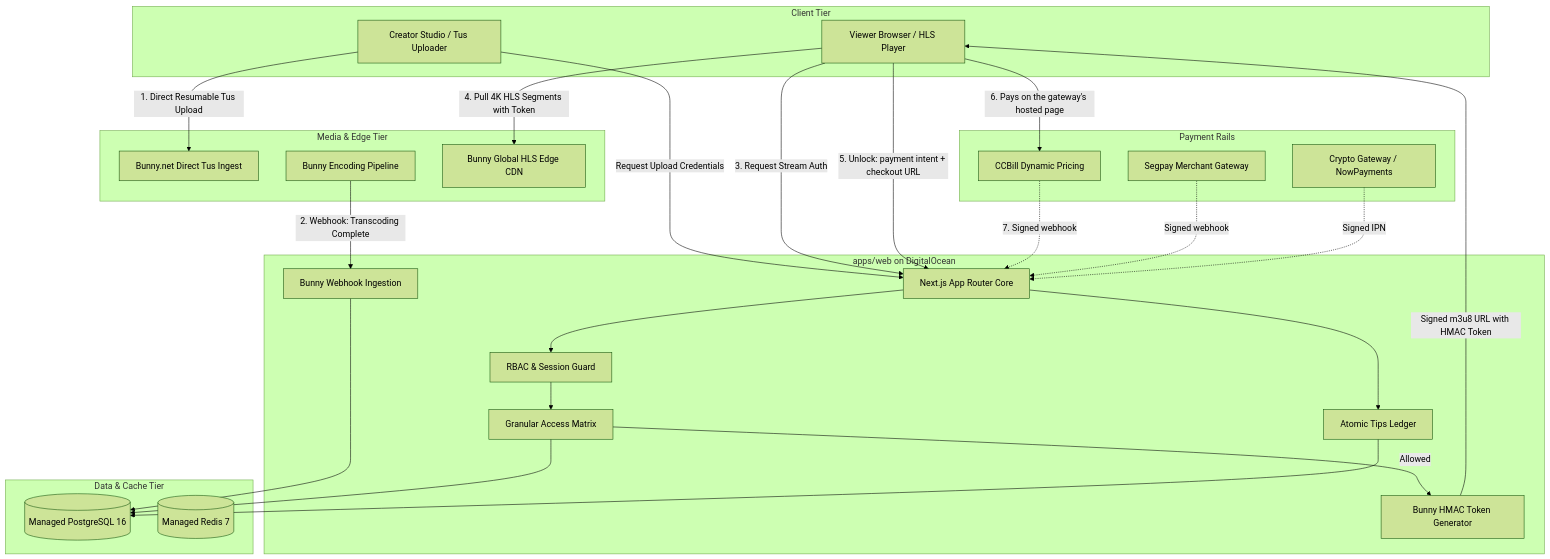
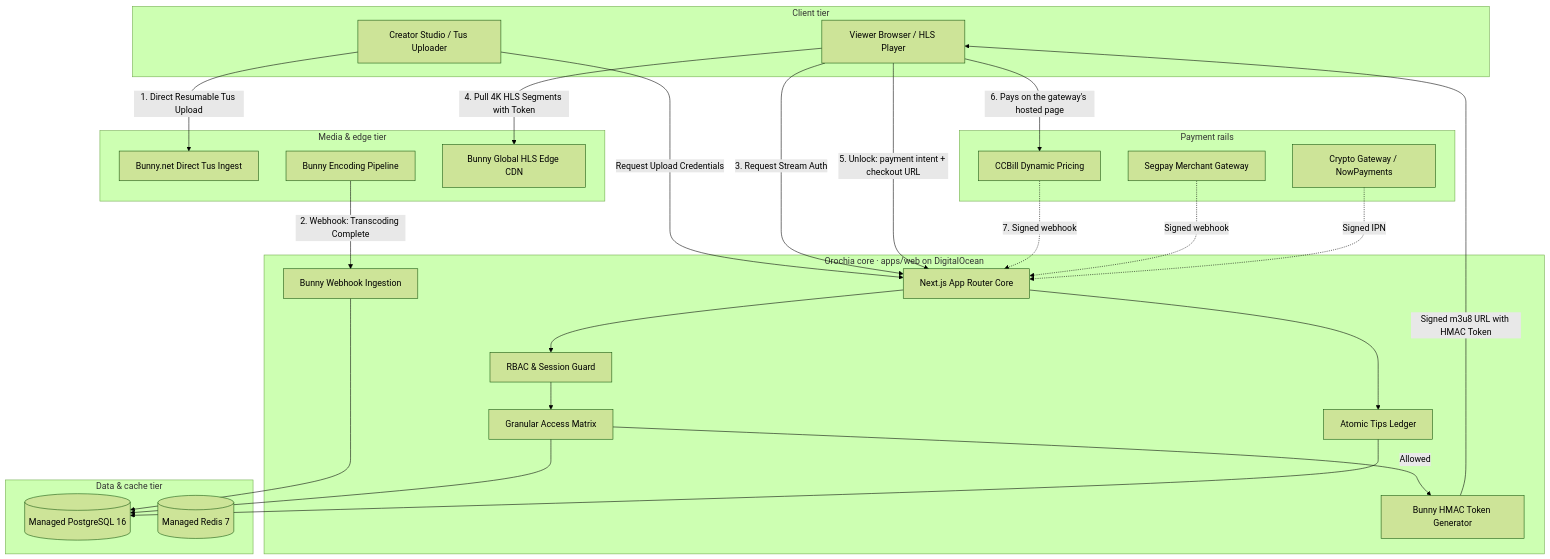
The first of 2 diagrams in docs/ARCHITECTURE.md (krizaka/orochia), drawn with Mermaid (forest theme) before and after one commit. The commit also changed 3 other files, not shown here.

Commit message:
docs: document admin endpoints, renderable architecture subgraphs

````diff
--- a/docs/ARCHITECTURE.md
+++ b/docs/ARCHITECTURE.md
@@ -9,55 +9,55 @@
 ```mermaid
 graph TD
-    subgraph Client Tier
+    subgraph CLIENT["Client tier"]
         UserBrowser[Viewer Browser / HLS Player]
         CreatorBrowser[Creator Studio / Tus Uploader]
     end
 
-    subgraph Orochia Core Engine [apps/web on DigitalOcean]
+    subgraph CORE["Orochia core · apps/web on DigitalOcean"]
         NextApp[Next.js App Router Core]
         AuthGuard[RBAC & Session Guard]
         AccessResolver[Granular Access Matrix]
         StreamSigner[Bunny HMAC Token Generator]
         LedgerService[Atomic Tips Ledger]
         WebhookReceiver[Bunny Webhook Ingestion]
     end
 
-    subgraph Data & Cache Tier
+    subgraph DATA["Data & cache tier"]
         Postgres[(Managed PostgreSQL 16)]
         RedisCache[(Managed Redis 7)]
     end
 
-    subgraph Media & Edge Tier
+    subgraph EDGE["Media & edge tier"]
         BunnyTus[Bunny.net Direct Tus Ingest]
         BunnyTranscoder[Bunny Encoding Pipeline]
         BunnyEdge[Bunny Global HLS Edge CDN]
     end
 
-    subgraph Payment Rails
+    subgraph RAILS["Payment rails"]
         CCBill[CCBill Dynamic Pricing]
         Segpay[Segpay Merchant Gateway]
         CryptoGW[Crypto Gateway / NowPayments]
     end
 
     CreatorBrowser -->|1. Direct Resumable Tus Upload| BunnyTus
     CreatorBrowser -->|Request Upload Credentials| NextApp
     BunnyTranscoder -->|2. Webhook: Transcoding Complete| WebhookReceiver
     WebhookReceiver --> Postgres
 
     UserBrowser -->|3. Request Stream Auth| NextApp
     NextApp --> AuthGuard
     AuthGuard --> AccessResolver
     AccessResolver --> Postgres
     AccessResolver -->|Allowed| StreamSigner
     StreamSigner -->|Signed m3u8 URL with HMAC Token| UserBrowser
 
     UserBrowser -->|4. Pull 4K HLS Segments with Token| BunnyEdge
 
     UserBrowser -->|5. Unlock: payment intent + checkout URL| NextApp
     UserBrowser -->|6. Pays on the gateway's hosted page| CCBill
     CCBill -.->|7. Signed webhook| NextApp
     Segpay -.->|Signed webhook| NextApp
     CryptoGW -.->|Signed IPN| NextApp
     NextApp --> LedgerService
     LedgerService --> Postgres
 ```
````
